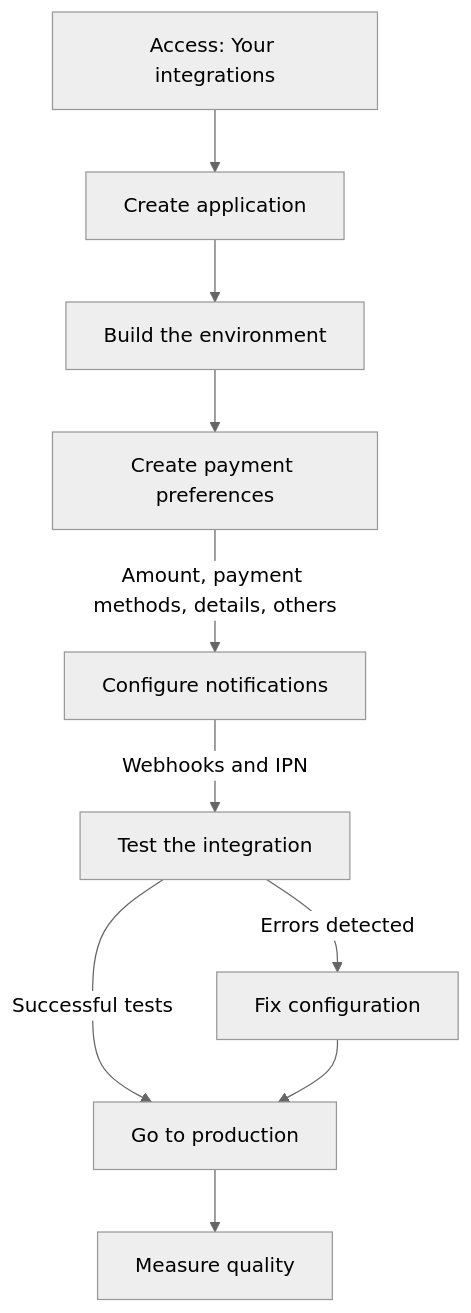
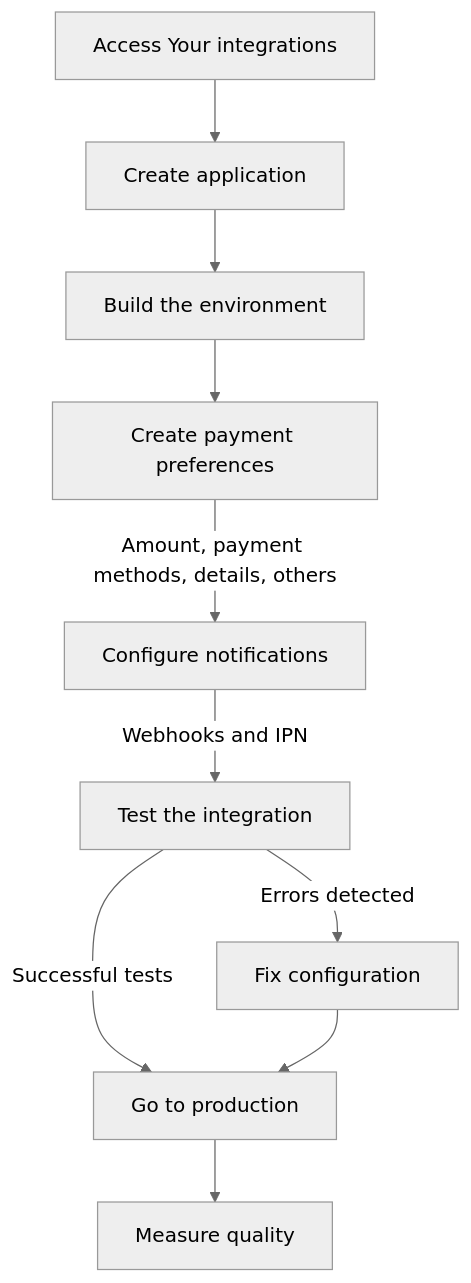
Before and after one commit to 22Neves/devsite-docs: the diagram in guides/checkout-pro/overview.en.md, drawn with Mermaid (neutral theme). The commit also changed 2 other files, not shown here.

Commit message:
minor fix

```diff
--- a/guides/checkout-pro/overview.en.md
+++ b/guides/checkout-pro/overview.en.md
@@ -164,12 +164,12 @@
     <pre class="mermaid">
     flowchart TD
-            A["Access: Your integrations"] --> B["Create application"]
+            A["Access Your integrations"] --> B["Create application"]
             B --> C["Build the environment"]
             C --> D["Create payment preferences"]
             D -- Amount, payment methods, details, others --> F["Configure notifications"]
             F -- Webhooks and IPN --> E["Test the integration"]
             E -- Successful tests --> H["Go to production"]
             E -- Errors detected --> I["Fix configuration"]
             I --> H
             H --> J["Measure quality"]
     </pre>
```
